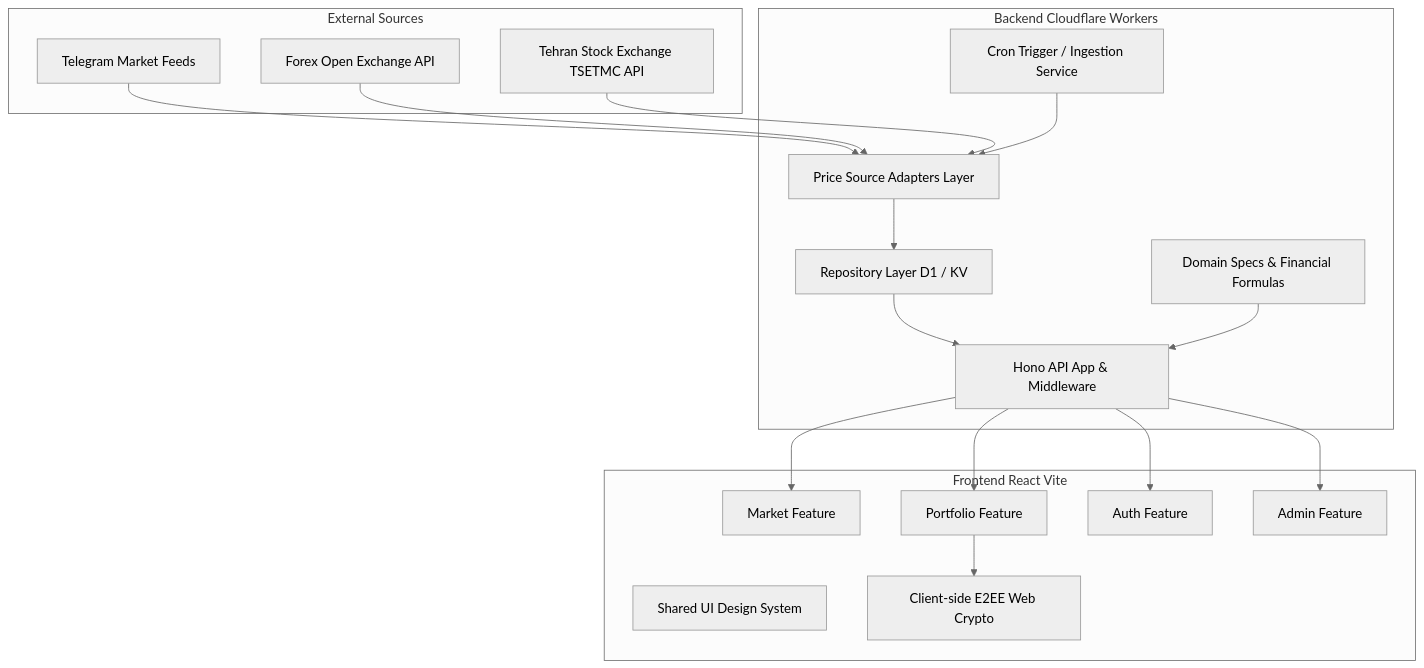
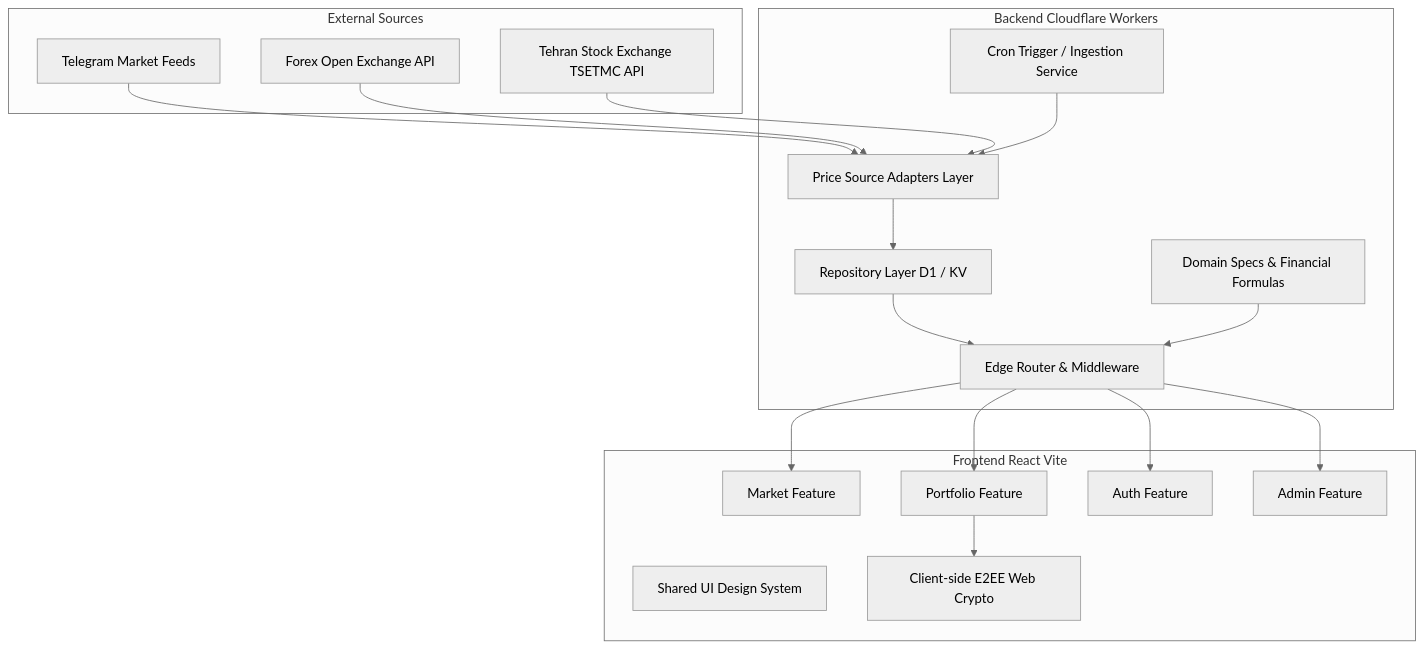
The diagram in docs/ARCHITECTURE.md (nos486/realrate), drawn with Mermaid (neutral theme) before and after one commit. The commit also changed other lines of this file and 14 other files, not shown here.

````diff
--- a/docs/ARCHITECTURE.md
+++ b/docs/ARCHITECTURE.md
@@ -13,38 +13,38 @@
 ```mermaid
 graph TD
     subgraph External Sources
         TG[Telegram Market Feeds]
         FX[Forex Open Exchange API]
         TSETMC[Tehran Stock Exchange TSETMC API]
     end
 
     subgraph Backend Cloudflare Workers
         Cron[Cron Trigger / Ingestion Service]
         Adapters[Price Source Adapters Layer]
         Repos[Repository Layer D1 / KV]
-        HonoApp[Hono API App & Middleware]
+        WorkerApp[Edge Router & Middleware]
         Domain[Domain Specs & Financial Formulas]
     end
 
     subgraph Frontend React Vite
         MarketFeat[Market Feature]
         PortFeat[Portfolio Feature]
         AuthFeat[Auth Feature]
         AdminFeat[Admin Feature]
         SharedUI[Shared UI Design System]
         CryptoE2EE[Client-side E2EE Web Crypto]
     end
 
     TG --> Adapters
     FX --> Adapters
     TSETMC --> Adapters
     Cron --> Adapters
     Adapters --> Repos
-    Repos --> HonoApp
-    Domain --> HonoApp
-    HonoApp --> MarketFeat
-    HonoApp --> PortFeat
-    HonoApp --> AuthFeat
-    HonoApp --> AdminFeat
+    Repos --> WorkerApp
+    Domain --> WorkerApp
+    WorkerApp --> MarketFeat
+    WorkerApp --> PortFeat
+    WorkerApp --> AuthFeat
+    WorkerApp --> AdminFeat
     PortFeat --> CryptoE2EE
 ```
````
